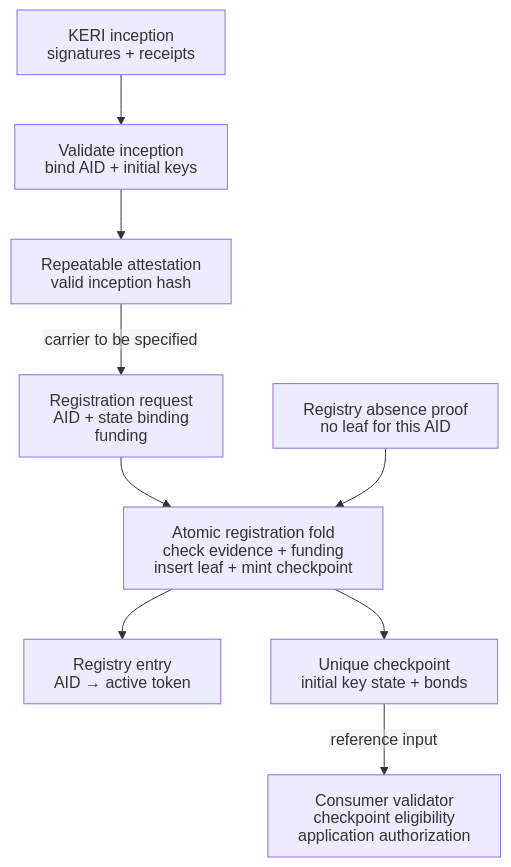
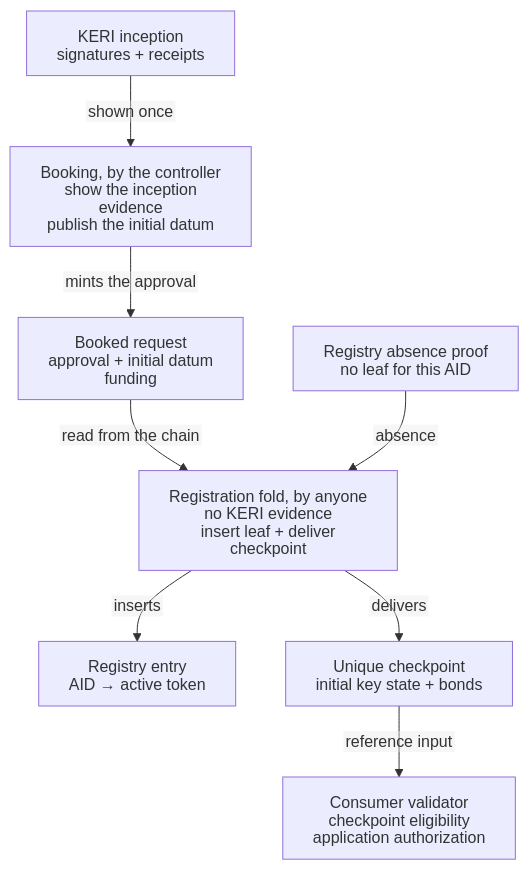
One commit to lambdasistemi/cardano-keri changed the first of 3 diagrams in docs/architecture/overview.md. Above: the diagram before and after it, drawn with Mermaid. The commit also changed other lines of this file and 161 other files, not shown here.

First line of the commit message:
docs: the booking shows the inception; the fold shows nothing

````diff
--- a/docs/architecture/overview.md
+++ b/docs/architecture/overview.md
@@ -31,24 +31,23 @@
 ```mermaid
 ---
 config:
   htmlLabels: false
 ---
 flowchart TD
     ICP["KERI inception<br/>signatures + receipts"]
-    AT["Validate inception<br/>bind AID + initial keys"]
-    FACT["Repeatable attestation<br/>valid inception hash"]
-    REQ["Registration request<br/>AID + state binding<br/>funding"]
+    BOOK["Booking, by the controller<br/>show the inception evidence<br/>publish the initial datum"]
+    REQ["Booked request<br/>approval + initial datum<br/>funding"]
     ROOT["Registry absence proof<br/>no leaf for this AID"]
-    FOLD["Atomic registration fold<br/>check evidence + funding<br/>insert leaf + mint checkpoint"]
+    FOLD["Registration fold, by anyone<br/>no KERI evidence<br/>insert leaf + deliver checkpoint"]
     LEAF["Registry entry<br/>AID → active token"]
     CK["Unique checkpoint<br/>initial key state + bonds"]
     APP["Consumer validator<br/>checkpoint eligibility<br/>application authorization"]
 
-    ICP --> AT --> FACT
-    FACT -->|"carrier to be specified"| REQ
-    REQ --> FOLD
-    ROOT --> FOLD
-    FOLD --> LEAF
-    FOLD --> CK
+    ICP -->|"shown once"| BOOK
+    BOOK -->|"mints the approval"| REQ
+    REQ -->|"read from the chain"| FOLD
+    ROOT -->|"absence"| FOLD
+    FOLD -->|"inserts"| LEAF
+    FOLD -->|"delivers"| CK
     CK -->|"reference input"| APP
 ```
````
